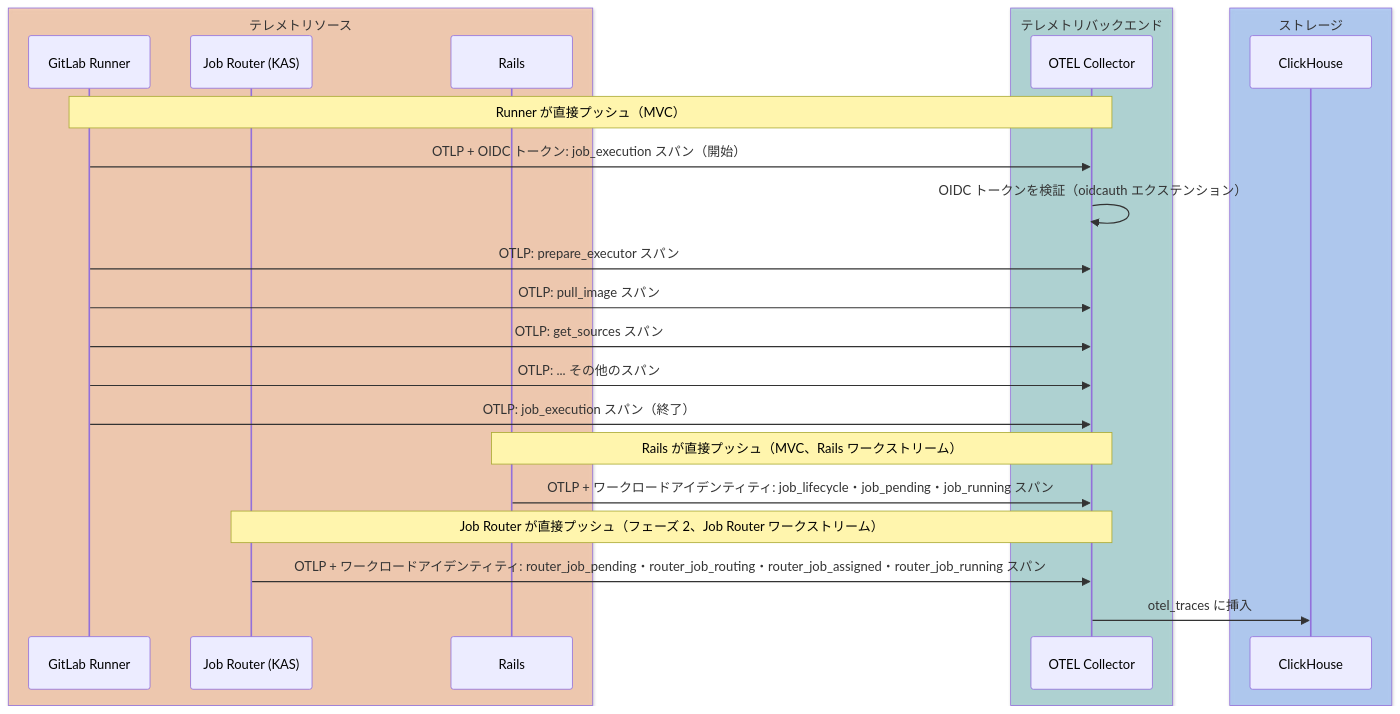
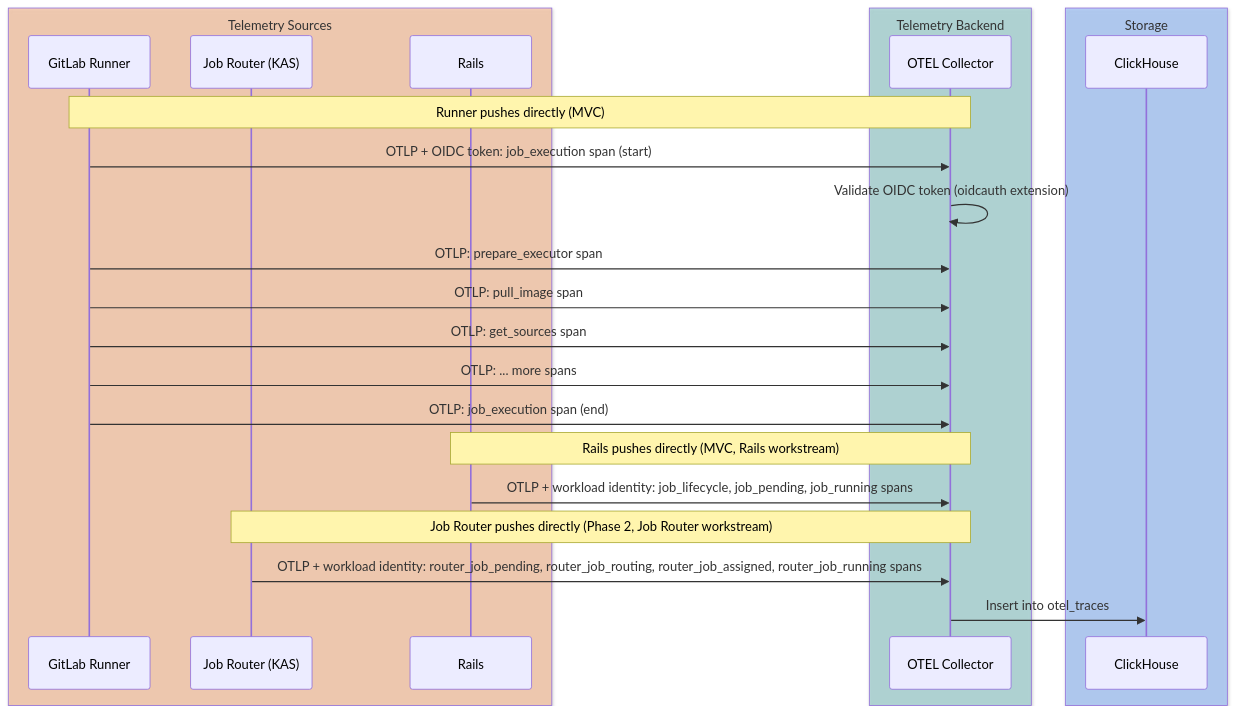
Before and after one commit to kyama0/gitlab-handbook-ja: the first of 2 diagrams in content/handbook/engineering/architecture/design-documents/ci_job_telemetry/_index.md, drawn with Mermaid. The commit also changed other lines of this file and 10 other files, not shown here.

Commit message:
translation: update 10 modified engineering data-engineering + architecture design-documents files

````diff
--- a/content/handbook/engineering/architecture/design-documents/ci_job_telemetry/_index.md
+++ b/content/handbook/engineering/architecture/design-documents/ci_job_telemetry/_index.md
@@ -224,31 +201,31 @@
 ```mermaid
 sequenceDiagram
-    box rgba(255, 180, 130, 0.5) テレメトリソース
+    box rgba(255, 180, 130, 0.5) Telemetry Sources
         participant Runner as GitLab Runner
         participant JR as Job Router (KAS)
         participant Rails as Rails
     end
-    box rgba(130, 200, 200, 0.5) テレメトリバックエンド
+    box rgba(130, 200, 200, 0.5) Telemetry Backend
         participant Collector as OTEL Collector
     end
-    box rgba(130, 180, 255, 0.5) ストレージ
+    box rgba(130, 180, 255, 0.5) Storage
         participant CH as ClickHouse
     end
 
-    Note over Runner,Collector: Runner が直接プッシュ（MVC）
-    Runner->>Collector: OTLP + OIDC トークン: job_execution スパン（開始）
-    Collector->>Collector: OIDC トークンを検証（oidcauth エクステンション）
-    Runner->>Collector: OTLP: prepare_executor スパン
-    Runner->>Collector: OTLP: pull_image スパン
-    Runner->>Collector: OTLP: get_sources スパン
-    Runner->>Collector: OTLP: ... その他のスパン
-    Runner->>Collector: OTLP: job_execution スパン（終了）
+    Note over Runner,Collector: Runner pushes directly (MVC)
+    Runner->>Collector: OTLP + OIDC token: job_execution span (start)
+    Collector->>Collector: Validate OIDC token (oidcauth extension)
+    Runner->>Collector: OTLP: prepare_executor span
+    Runner->>Collector: OTLP: pull_image span
+    Runner->>Collector: OTLP: get_sources span
+    Runner->>Collector: OTLP: ... more spans
+    Runner->>Collector: OTLP: job_execution span (end)
 
-    Note over Rails,Collector: Rails が直接プッシュ（MVC、Rails ワークストリーム）
-    Rails->>Collector: OTLP + ワークロードアイデンティティ: job_lifecycle・job_pending・job_running スパン
+    Note over Rails,Collector: Rails pushes directly (MVC, Rails workstream)
+    Rails->>Collector: OTLP + workload identity: job_lifecycle, job_pending, job_running spans
 
-    Note over JR,Collector: Job Router が直接プッシュ（フェーズ 2、Job Router ワークストリーム）
-    JR->>Collector: OTLP + ワークロードアイデンティティ: router_job_pending・router_job_routing・router_job_assigned・router_job_running スパン
+    Note over JR,Collector: Job Router pushes directly (Phase 2, Job Router workstream)
+    JR->>Collector: OTLP + workload identity: router_job_pending, router_job_routing, router_job_assigned, router_job_running spans
 
-    Collector->>CH: otel_traces に挿入
+    Collector->>CH: Insert into otel_traces
 ```
````
